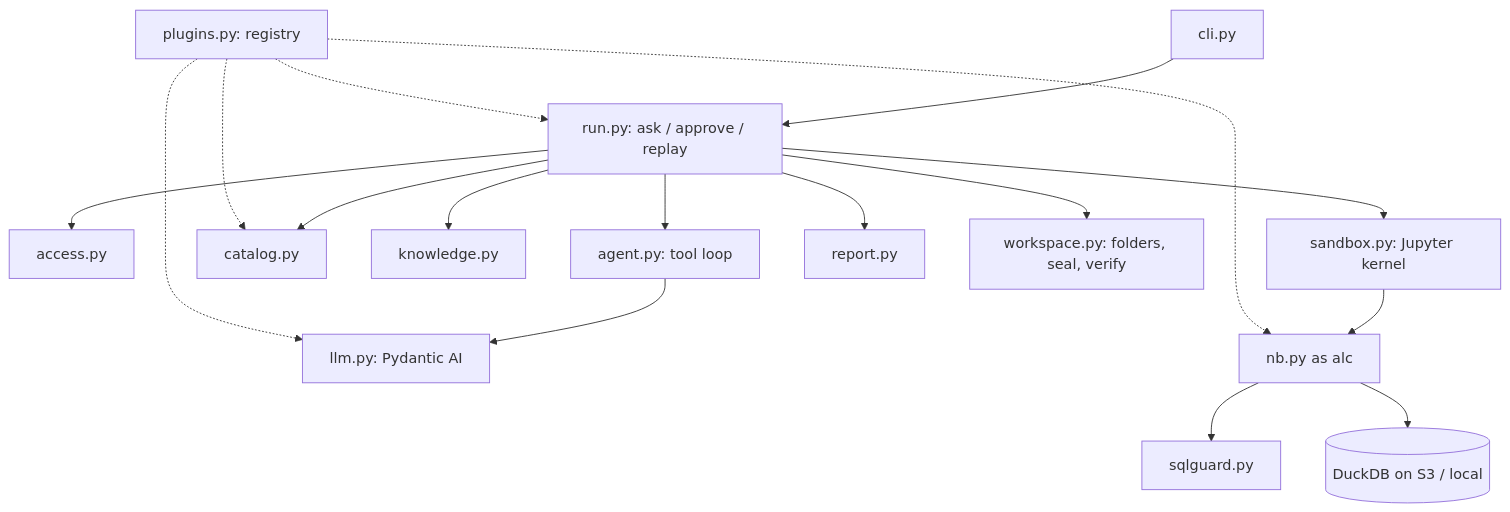
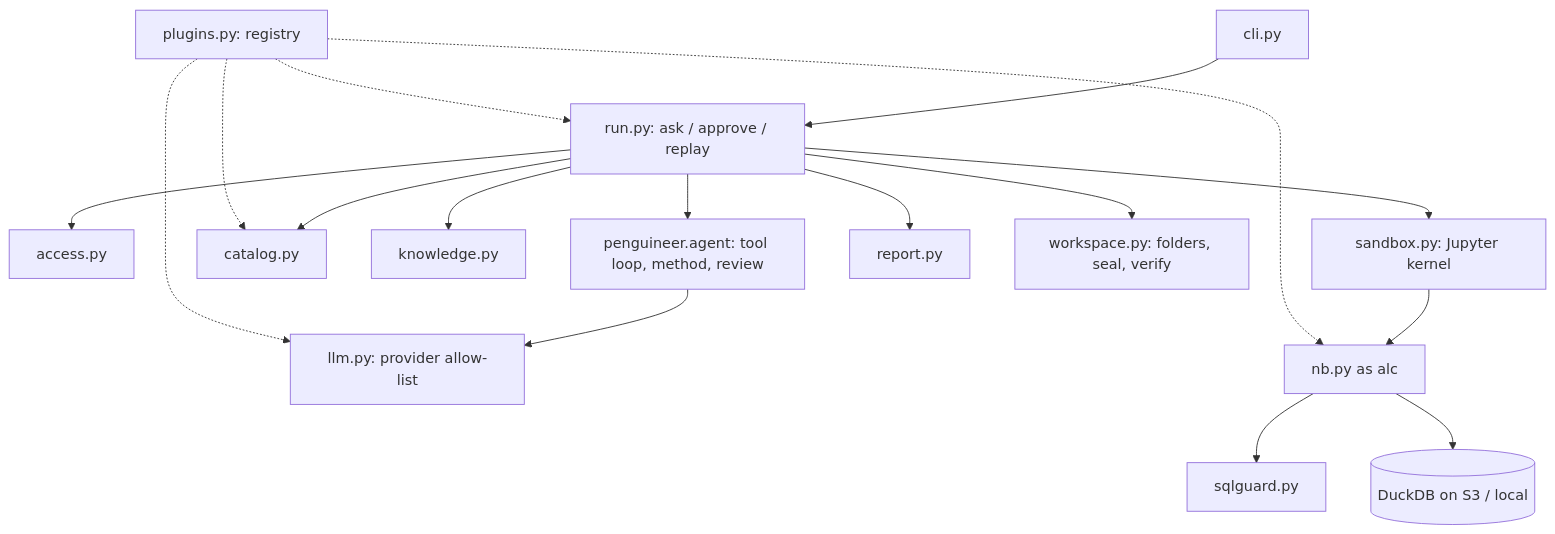
Before and after one commit to kausalflow/alchemist: the diagram in docs/reference/code-layout.md, drawn with Mermaid. The commit also changed other lines of this file and 17 other files, not shown here.

First line of the commit message:
Use penguineer.agent for the tool loop, method, findings and document search (#22)

````diff
--- a/docs/reference/code-layout.md
+++ b/docs/reference/code-layout.md
@@ -61,19 +61,19 @@
 ```mermaid
 flowchart TB
     CLI[cli.py] --> RUN[run.py: ask / approve / replay]
     RUN --> ACC[access.py]
-    RUN --> AG[agent.py: tool loop]
-    AG --> LLM[llm.py: Pydantic AI]
+    RUN --> AG[penguineer.agent: tool loop, method, review]
+    AG --> LLM[llm.py: provider allow-list]
     RUN --> CAT[catalog.py]
     RUN --> KN[knowledge.py]
     RUN --> SB[sandbox.py: Jupyter kernel]
     SB --> NB[nb.py as alc]
     NB --> SQL[sqlguard.py]
     NB --> DUCK[(DuckDB on S3 / local)]
     RUN --> REP[report.py]
     RUN --> WS[workspace.py: folders, seal, verify]
     PLG[plugins.py: registry] -.-> CAT
     PLG -.-> LLM
     PLG -.-> RUN
     PLG -.-> NB
 ```
````
